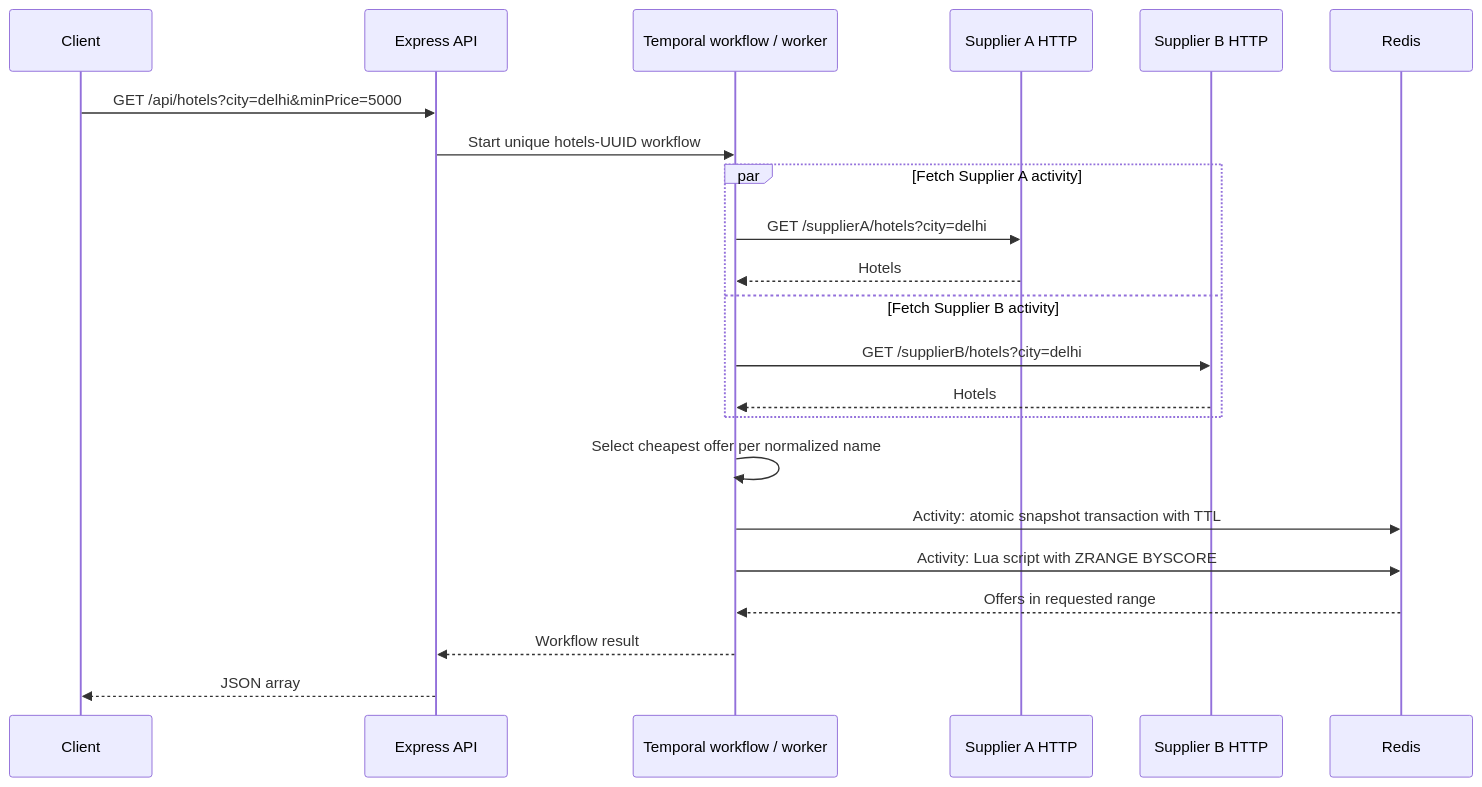
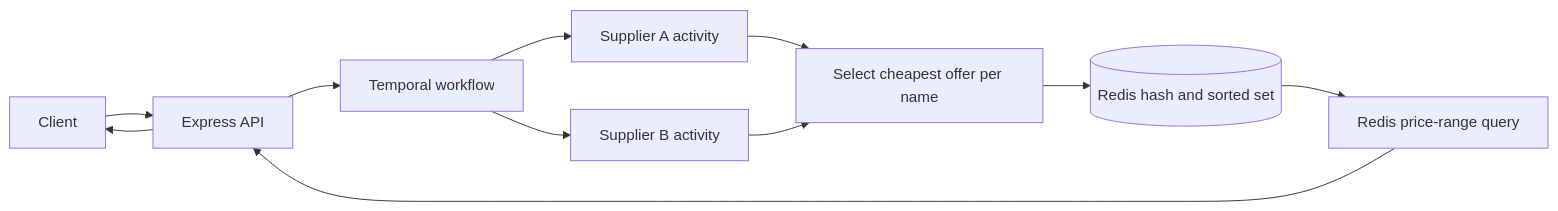
One commit to Webrookie0/tripathe changed the diagram in README.md. Above: the diagram before and after it, drawn with Mermaid. The commit also changed other lines of this file and 1 other file, not shown here.

Commit message:
Document deployed EC2 API and submission approach

````diff
--- a/README.md
+++ b/README.md
@@ -62,24 +51,13 @@
 ```mermaid
-sequenceDiagram
-    participant C as Client
-    participant API as Express API
-    participant WF as Temporal workflow / worker
-    participant A as Supplier A HTTP
-    participant B as Supplier B HTTP
-    participant R as Redis
-    C->>API: GET /api/hotels?city=delhi&minPrice=5000
-    API->>WF: Start unique hotels-UUID workflow
-    par Fetch Supplier A activity
-        WF->>A: GET /supplierA/hotels?city=delhi
-        A-->>WF: Hotels
-    and Fetch Supplier B activity
-        WF->>B: GET /supplierB/hotels?city=delhi
-        B-->>WF: Hotels
-    end
-    WF->>WF: Select cheapest offer per normalized name
-    WF->>R: Activity: atomic snapshot transaction with TTL
-    WF->>R: Activity: Lua script with ZRANGE BYSCORE
-    R-->>WF: Offers in requested range
-    WF-->>API: Workflow result
-    API-->>C: JSON array
+flowchart LR
+    C[Client] --> API[Express API]
+    API --> WF[Temporal workflow]
+    WF --> A[Supplier A activity]
+    WF --> B[Supplier B activity]
+    A --> D[Select cheapest offer per name]
+    B --> D
+    D --> R[(Redis hash and sorted set)]
+    R --> Q[Redis price-range query]
+    Q --> API
+    API --> C
 ```
````
